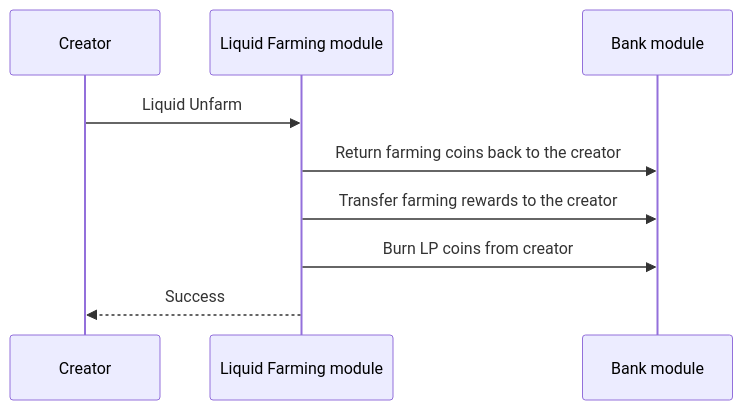
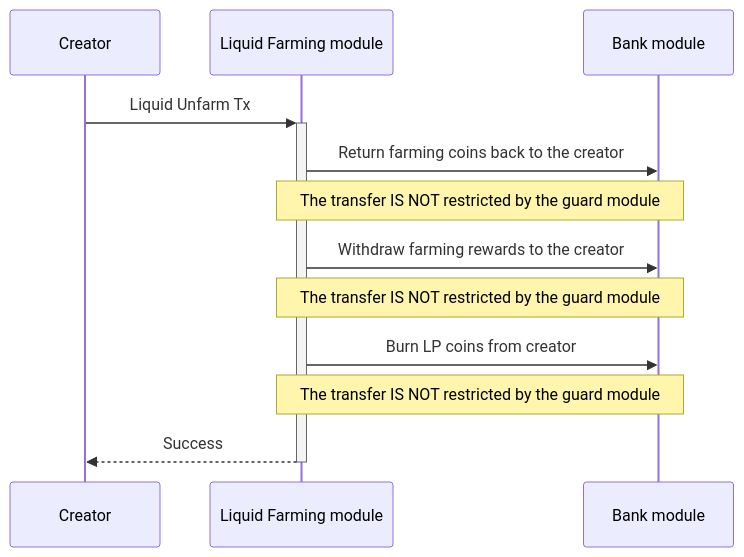
Before and after one commit to MANTRA-Chain/mantrachain: the second of 6 diagrams in x/liquidfarming/spec/08_txs_flows.md, drawn with Mermaid. The commit also changed other lines of this file and 12 other files, not shown here.

Commit message:
docs: add update txs flows docs

````diff
--- a/x/liquidfarming/spec/08_txs_flows.md
+++ b/x/liquidfarming/spec/08_txs_flows.md
@@ -17,8 +19,11 @@
 ```mermaid
 sequenceDiagram
-Creator ->> Liquid Farming module: Liquid Unfarm
+Creator->>+Liquid Farming module: Liquid Unfarm Tx
 Liquid Farming module->>Bank module: Return farming coins back to the creator
-Liquid Farming module->>Bank module: Transfer farming rewards to the creator
-Liquid Farming module->> Bank module: Burn LP coins from creator
-Liquid Farming module-->> Creator: Success
+Note over Liquid Farming module, Bank module: The transfer IS NOT restricted by the guard module
+Liquid Farming module->>Bank module: Withdraw farming rewards to the creator
+Note over Liquid Farming module, Bank module: The transfer IS NOT restricted by the guard module
+Liquid Farming module->>Bank module: Burn LP coins from creator
+Note over Liquid Farming module, Bank module: The transfer IS NOT restricted by the guard module
+Liquid Farming module-->>-Creator: Success
 ```
````
